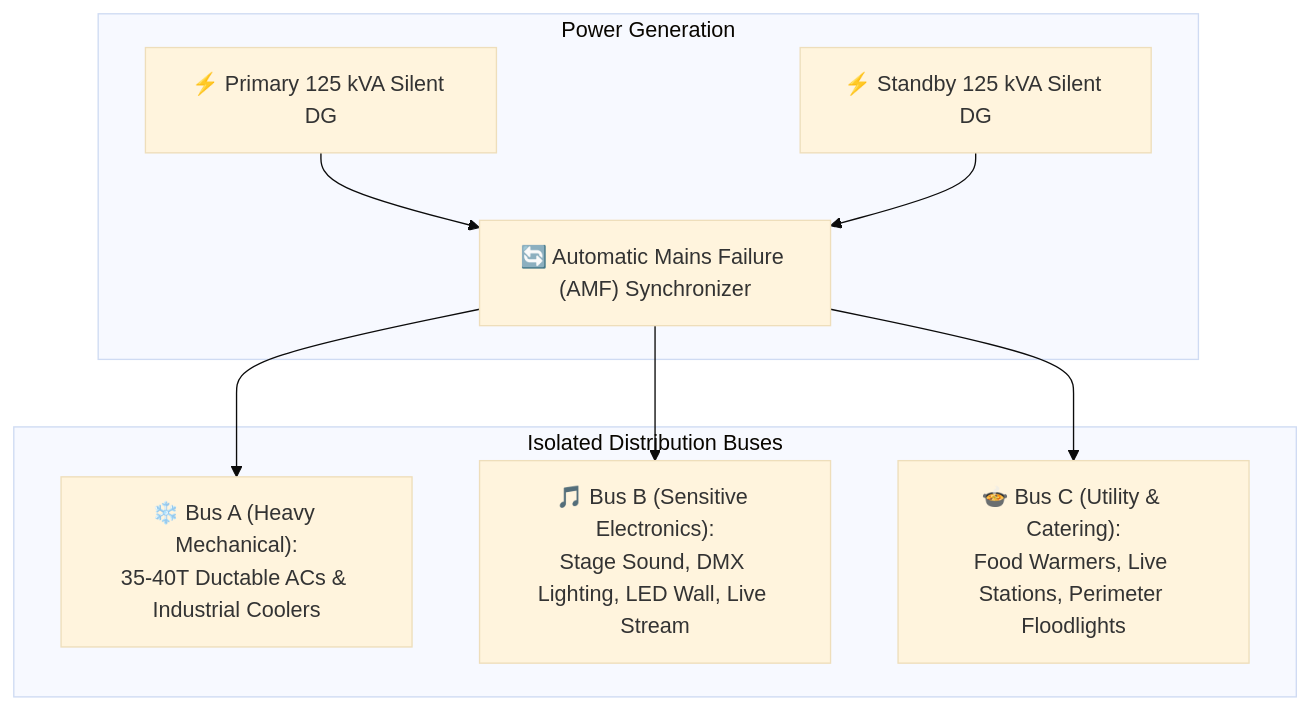
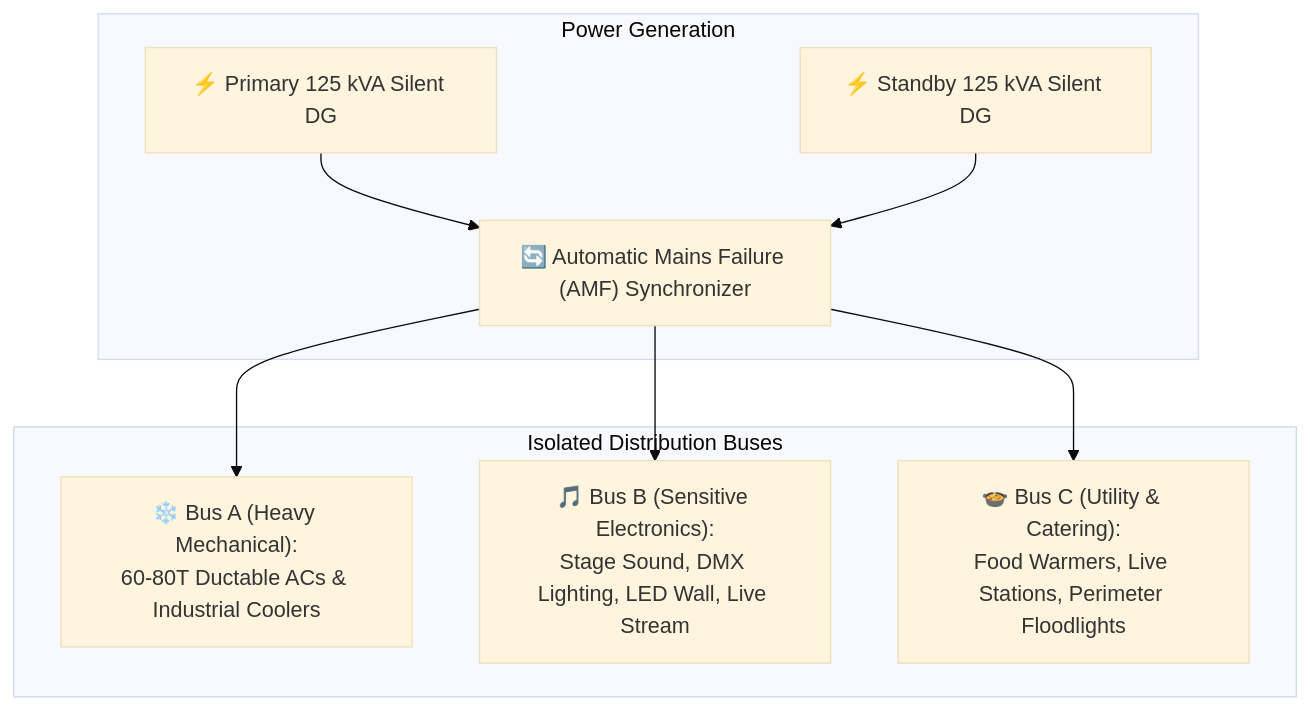
One commit to goldenage399/Sree_Krushna changed the diagram in 04_PROCUREMENT_VENDORS/decor_and_design/open_ground_marquee_modular_base_spec.md. Above: the diagram before and after it, drawn with Mermaid (base theme). The commit also changed other lines of this file and 33 other files, not shown here.

Commit message:
feat(venue-decor): open ground marquee spatial architecture, decorator cockpit and experiential proposals

````diff
--- a/04_PROCUREMENT_VENDORS/decor_and_design/open_ground_marquee_modular_base_spec.md
+++ b/04_PROCUREMENT_VENDORS/decor_and_design/open_ground_marquee_modular_base_spec.md
@@ -180,16 +182,16 @@
 ```mermaid
 graph TD
     subgraph Power Generation
         DG1["⚡ Primary 125 kVA Silent DG"]
         DG2["⚡ Standby 125 kVA Silent DG"]
         AMF["🔄 Automatic Mains Failure (AMF) Synchronizer"]
         DG1 --> AMF
         DG2 --> AMF
     end
 
     subgraph Isolated Distribution Buses
-        AMF --> BusA["❄️ Bus A (Heavy Mechanical):<br/>35-40T Ductable ACs & Industrial Coolers"]
+        AMF --> BusA["❄️ Bus A (Heavy Mechanical):<br/>60-80T Ductable ACs & Industrial Coolers"]
         AMF --> BusB["🎵 Bus B (Sensitive Electronics):<br/>Stage Sound, DMX Lighting, LED Wall, Live Stream"]
         AMF --> BusC["🍲 Bus C (Utility & Catering):<br/>Food Warmers, Live Stations, Perimeter Floodlights"]
     end
 ```
````
